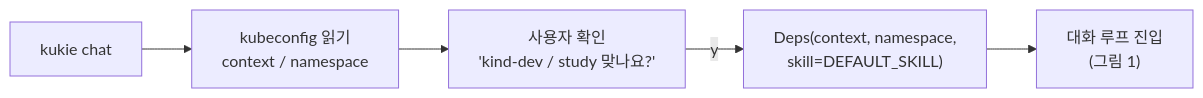
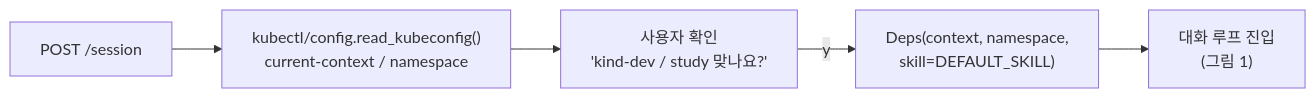
One commit to durokukie/agent changed the third of 3 diagrams in docs/agent-flow.md. Above: the diagram before and after it, drawn with Mermaid. The commit also changed other lines of this file and 5 other files, not shown here.

````diff
--- a/docs/agent-flow.md
+++ b/docs/agent-flow.md
@@ -82,7 +82,7 @@
 ```mermaid
 flowchart LR
-    S["kukie chat"] --> K["kubeconfig 읽기<br/>context / namespace"]
+    S["POST /session"] --> K["kubectl/config.read_kubeconfig()<br/>current-context / namespace"]
     K --> C["사용자 확인<br/>'kind-dev / study 맞나요?'"]
     C -->|"y"| D["Deps(context, namespace,<br/>skill=DEFAULT_SKILL)"]
     D --> LOOP["대화 루프 진입<br/>(그림 1)"]
 ```
````
